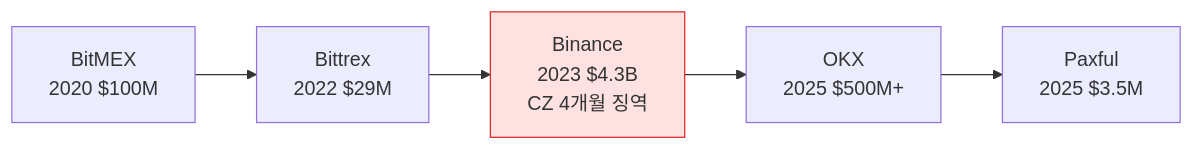
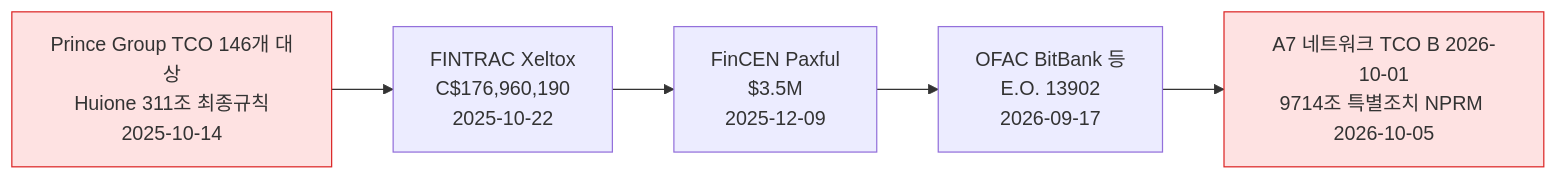
Before and after one commit to lala-david/aml-notes: the first of 2 diagrams in curriculum/day_52.md, drawn with Mermaid. The commit also changed other lines of this file and 233 other files, not shown here.

````diff
--- a/curriculum/day_52.md
+++ b/curriculum/day_52.md
@@ -13,8 +12,9 @@
 ```mermaid
 flowchart LR
-    BM["BitMEX<br/>2020 $100M"] --> BT["Bittrex<br/>2022 $29M"]
-    BT --> BN["Binance<br/>2023 $4.3B<br/>CZ 4개월 징역"]
-    BN --> OK["OKX<br/>2025 $500M+"]
-    OK --> PX["Paxful<br/>2025 $3.5M"]
-    style BN fill:#fee2e2,stroke:#dc2626
+    PH["Prince Group TCO 146개 대상<br/>Huione 311조 최종규칙<br/>2025-10-14"] --> XC["FINTRAC Xeltox<br/>C$176,960,190<br/>2025-10-22"]
+    XC --> PX["FinCEN Paxful<br/>$3.5M<br/>2025-12-09"]
+    PX --> BB["OFAC BitBank 등<br/>E.O. 13902<br/>2026-09-17"]
+    BB --> A7["A7 네트워크 TCO B 2026-10-01<br/>9714조 특별조치 NPRM 2026-10-05"]
+    style PH fill:#fee2e2,stroke:#dc2626
+    style A7 fill:#fee2e2,stroke:#dc2626
 ```
````
